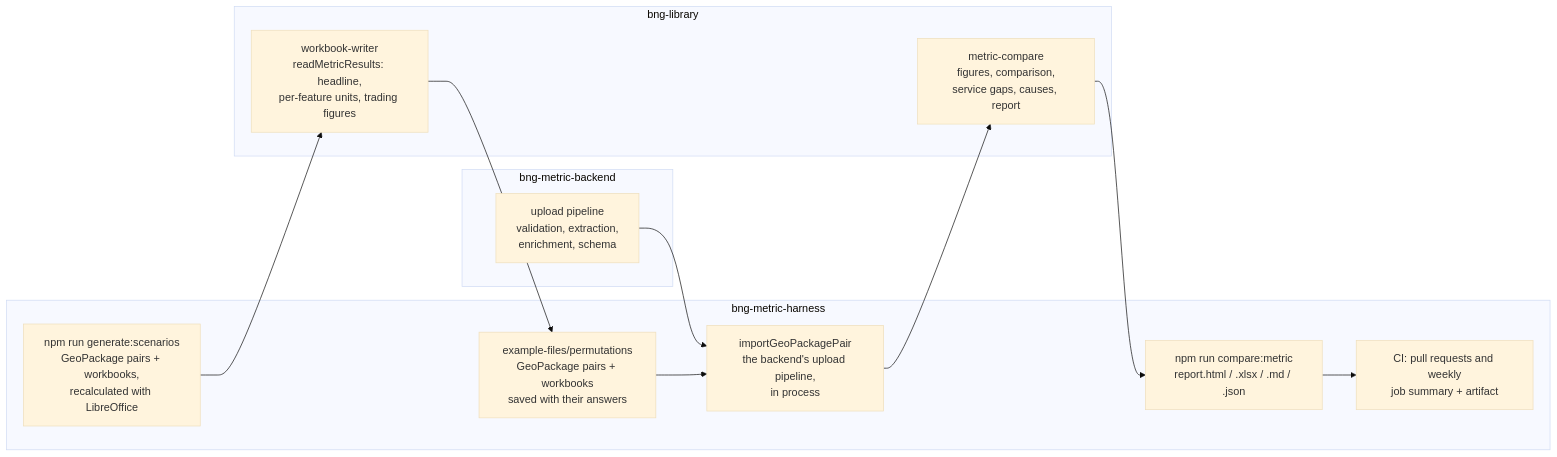
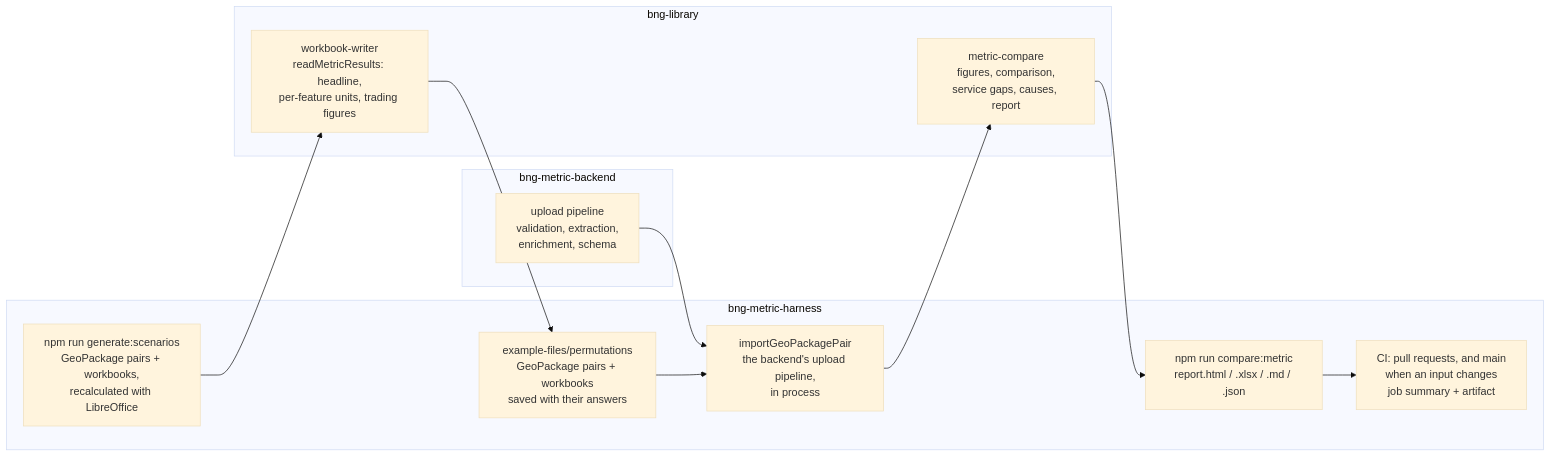
One commit to DEFRA/bng-metric-harness changed the diagram in docs/compare-metric.md. Above: the diagram before and after it, drawn with Mermaid (base theme). The commit also changed other lines of this file and 3 other files, not shown here.

First line of the commit message:
BMD-1036 Re-run the metric comparison on main when its inputs change

````diff
--- a/docs/compare-metric.md
+++ b/docs/compare-metric.md
@@ -76,22 +76,22 @@
 ```mermaid
 flowchart LR
   subgraph harness[bng-metric-harness]
     gen["npm run generate:scenarios<br>GeoPackage pairs + workbooks,<br>recalculated with LibreOffice"]
     corpus["example-files/permutations<br>GeoPackage pairs + workbooks<br>saved with their answers"]
     import["importGeoPackagePair<br>the backend's upload pipeline,<br>in process"]
     cli["npm run compare:metric<br>report.html / .xlsx / .md / .json"]
-    ci["CI: pull requests and weekly<br>job summary + artifact"]
+    ci["CI: pull requests, and main<br>when an input changes<br>job summary + artifact"]
   end
   subgraph library[bng-library]
     reader["workbook-writer<br>readMetricResults: headline,<br>per-feature units, trading figures"]
     compare["metric-compare<br>figures, comparison,<br>service gaps, causes, report"]
   end
   subgraph backend[bng-metric-backend]
     pipeline["upload pipeline<br>validation, extraction,<br>enrichment, schema"]
   end
   gen --> reader
   reader --> corpus
   pipeline --> import
   corpus --> import --> compare
   compare --> cli --> ci
 ```
````
